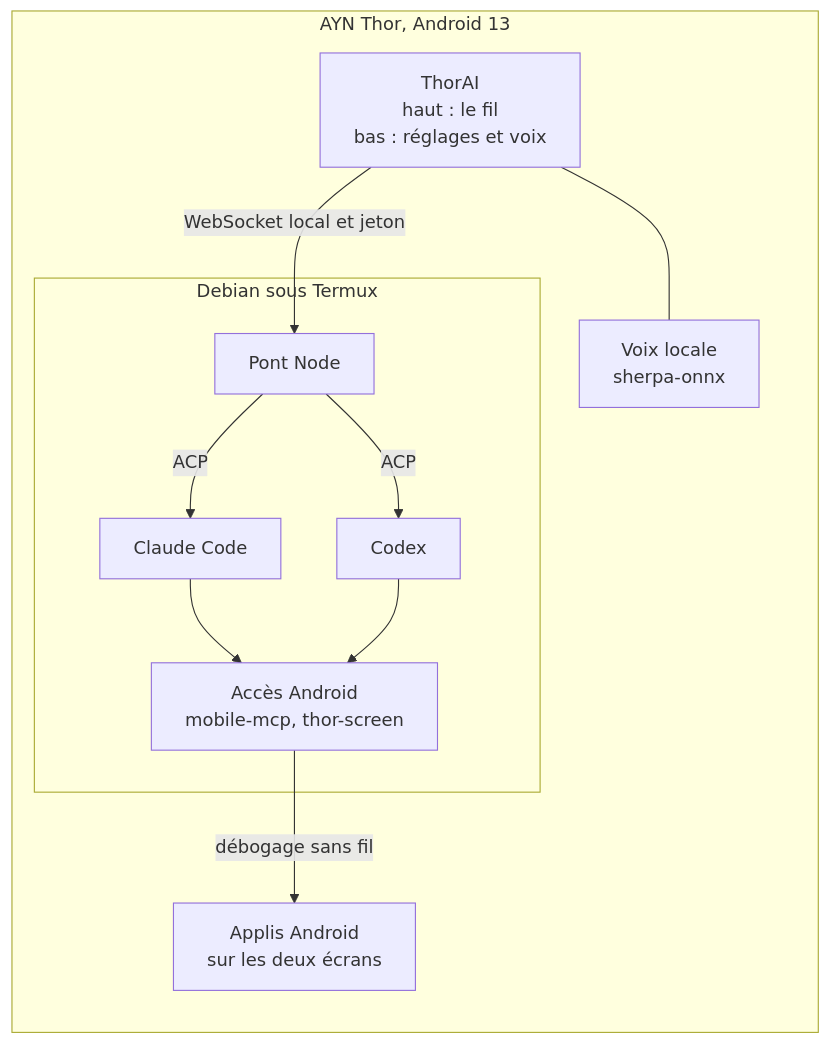
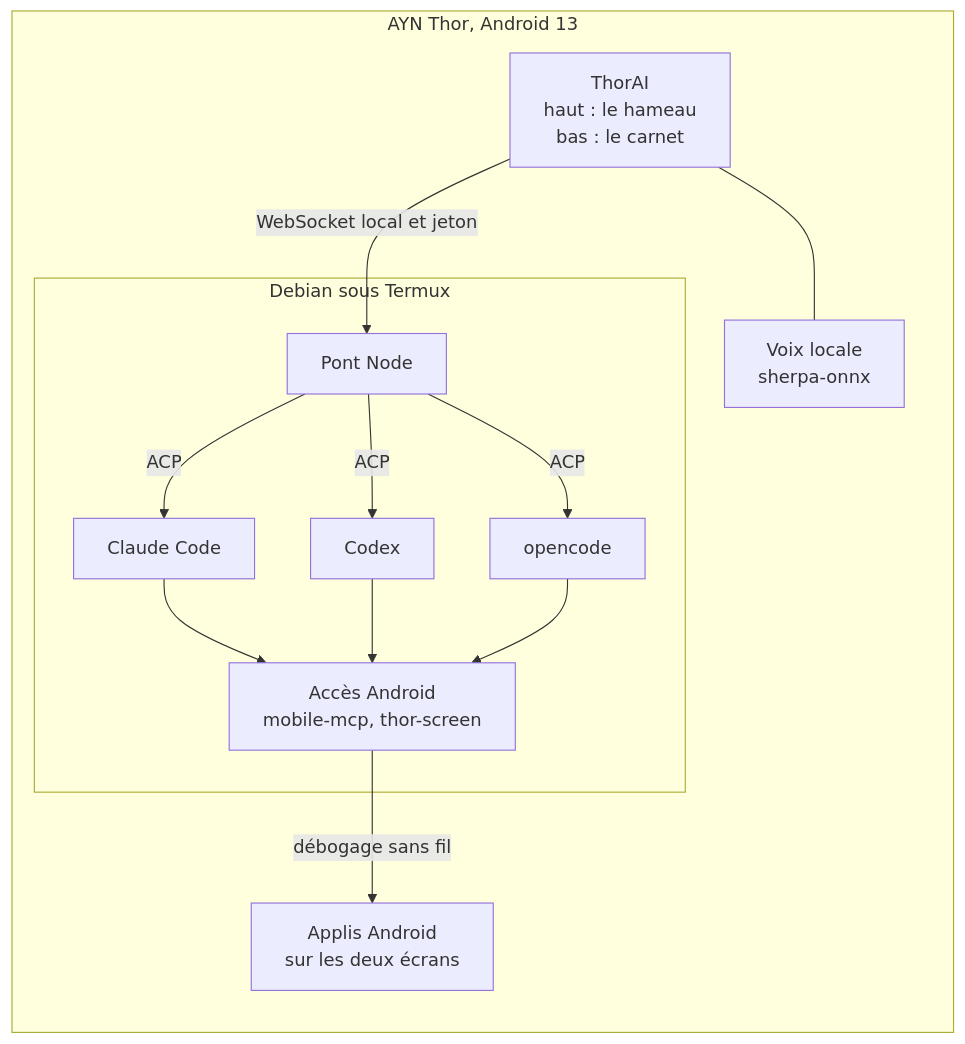
One commit to DabiK/thorai changed the diagram in README.md. Above: the diagram before and after it, drawn with Mermaid. The commit also changed other lines of this file and 5 other files, not shown here.

````diff
--- a/README.md
+++ b/README.md
@@ -53,21 +161,24 @@
 ```mermaid
 flowchart LR
   subgraph Thor["AYN Thor, Android 13"]
-    App["ThorAI<br/>haut : le fil<br/>bas : réglages et voix"]
+    App["ThorAI<br/>haut : le hameau<br/>bas : le carnet"]
     Voix["Voix locale<br/>sherpa-onnx"]
     Android["Applis Android<br/>sur les deux écrans"]
     subgraph Debian["Debian sous Termux"]
       Pont["Pont Node"]
       Claude["Claude Code"]
       Codex["Codex"]
+      Opencode["opencode"]
       Acces["Accès Android<br/>mobile-mcp, thor-screen"]
     end
   end
   App --- Voix
   App -- "WebSocket local et jeton" --> Pont
   Pont -- "ACP" --> Claude
   Pont -- "ACP" --> Codex
+  Pont -- "ACP" --> Opencode
   Claude --> Acces
   Codex --> Acces
+  Opencode --> Acces
   Acces -- "débogage sans fil" --> Android
 ```
````
